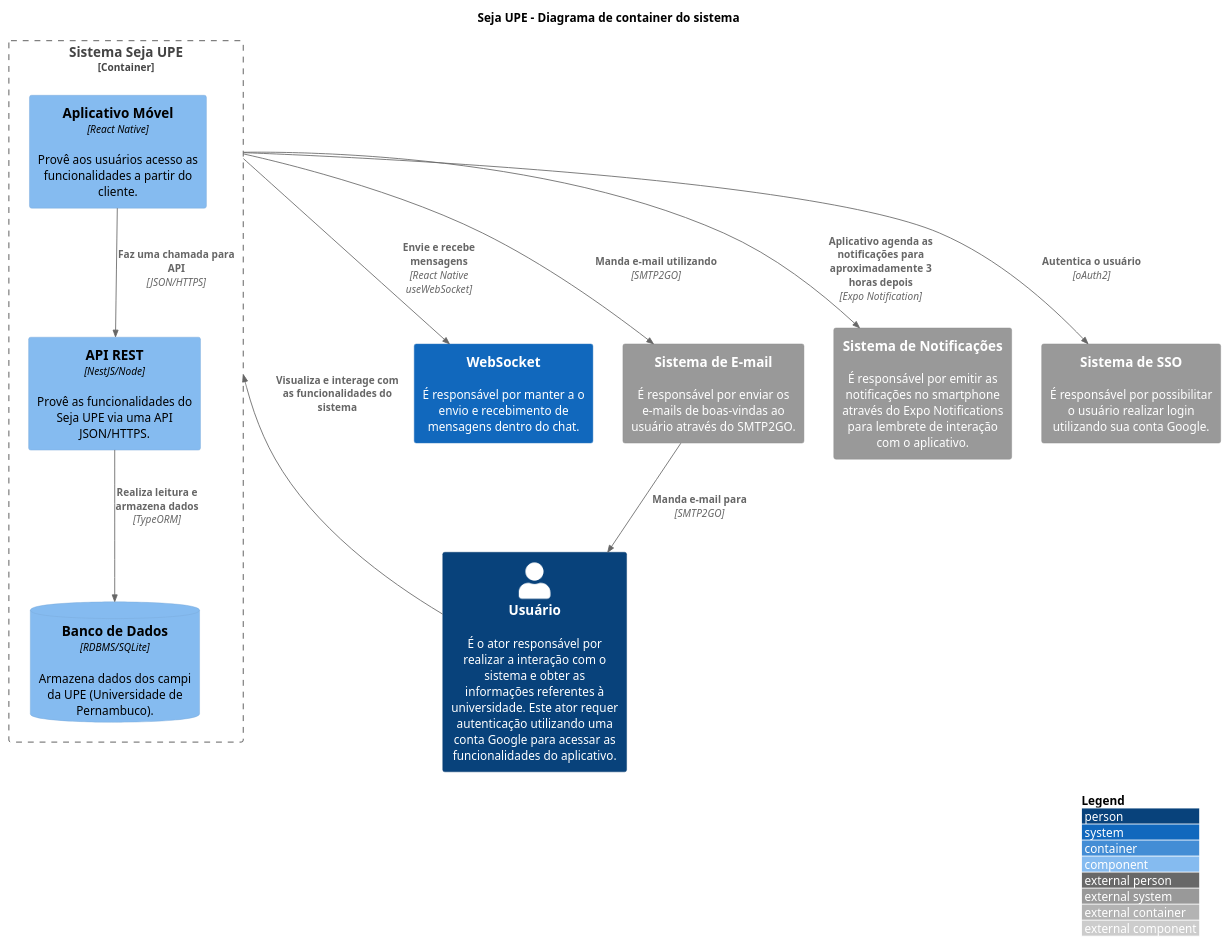
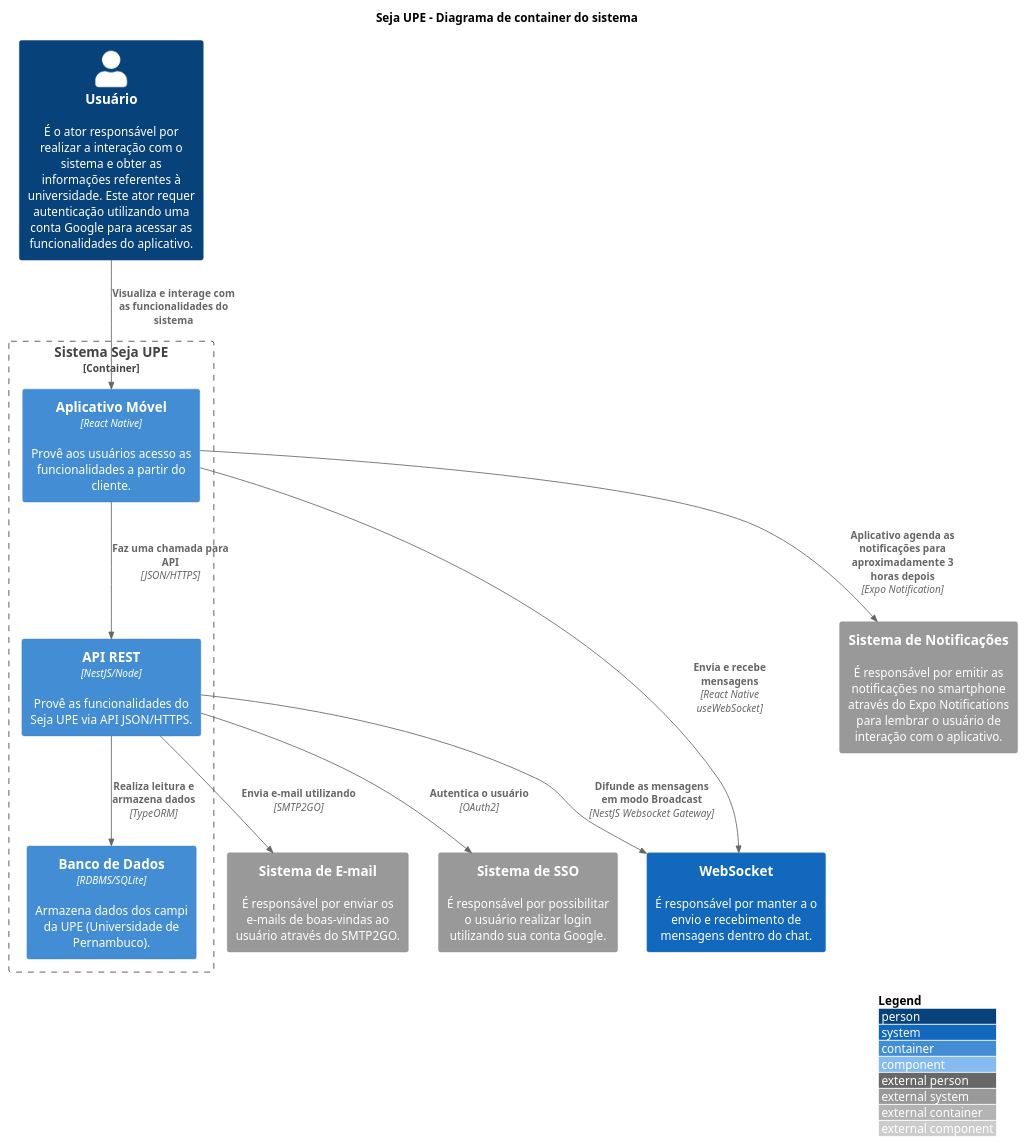
One commit to MurylloEx/Seja-UPE-Docs changed the diagram in src/C1. Visão Geral/C2. Sistema/containers.puml. Above: the diagram before and after it, drawn with PlantUML.

Commit message:
:recycle: refactor: Improvements in variable names and relations of Containers.

```diff
--- a/src/C1. Visão Geral/C2. Sistema/containers.puml
+++ b/src/C1. Visão Geral/C2. Sistema/containers.puml
@@ -1,29 +1,32 @@
-@startuml Contexto
+@startuml "Container Diagram"
+
+title "Seja UPE - Diagrama de container do sistema"
+
 !include https://raw.githubusercontent.com/adrianvlupu/C4-PlantUML/latest/C4_Component.puml
 
 LAYOUT_WITH_LEGEND()
 
-title "Seja UPE - Diagrama de container do sistema"
+Person(ActorUser, "Usuário", "É o ator responsável por realizar a interação com o sistema e obter as informações referentes à universidade. Este ator requer autenticação utilizando uma conta Google para acessar as funcionalidades do aplicativo.")
 
-Person(personUser, "Usuário", "É o ator responsável por realizar a interação com o sistema e obter as informações referentes à universidade. Este ator requer autenticação utilizando uma conta Google para acessar as funcionalidades do aplicativo.")
-Container_Boundary(systemSejaUPE, "Sistema Seja UPE") {
-    Component(componentMobileApp, "Aplicativo Móvel", "React Native", "Provê aos usuários acesso as funcionalidades a partir do cliente.")
-    Component(componentApi, "API REST", "NestJS/Node", "Provê as funcionalidades do Seja UPE via uma API JSON/HTTPS.")
-    ComponentDb(componentDataBase, "Banco de Dados", "RDBMS/SQLite", "Armazena dados dos campi da UPE (Universidade de Pernambuco).")
+Container_Boundary(SystemSejaUPE, "Sistema Seja UPE") {
+  Container(ContainerMobileApp, "Aplicativo Móvel", "React Native", "Provê aos usuários acesso as funcionalidades a partir do cliente.")
+  Container(ContainerServerApi, "API REST", "NestJS/Node", "Provê as funcionalidades do Seja UPE via API JSON/HTTPS.")
+  Container(ContainerDatabase, "Banco de Dados", "RDBMS/SQLite", "Armazena dados dos campi da UPE (Universidade de Pernambuco).")
+  
+  Rel(ContainerServerApi, ContainerDatabase, "Realiza leitura e armazena dados", "TypeORM")
+  Rel(ContainerMobileApp, ContainerServerApi, "Faz uma chamada para API", "JSON/HTTPS")
+}
 
-    Rel(componentMobileApp, componentApi, "Faz uma chamada para API", "JSON/HTTPS")
-    Rel(componentApi, componentDataBase, "Realiza leitura e armazena dados", "TypeORM")
-}
-System(systemWebSocket, "WebSocket", "É responsável por manter a o envio e recebimento de mensagens dentro do chat.")
-System_Ext(systemEmail, "Sistema de E-mail", "É responsável por enviar os e-mails de boas-vindas ao usuário através do SMTP2GO.")
-System_Ext(systemNotification, "Sistema de Notificações", "É responsável por emitir as notificações no smartphone através do Expo Notifications para lembrete de interação com o aplicativo.")
-System_Ext(systemOAuth2, "Sistema de SSO", "É responsável por possibilitar o usuário realizar login utilizando sua conta Google.")
+System(SystemWebsocket, "WebSocket", "É responsável por manter a o envio e recebimento de mensagens dentro do chat.")
+System_Ext(SystemSmtp, "Sistema de E-mail", "É responsável por enviar os e-mails de boas-vindas ao usuário através do SMTP2GO.")
+System_Ext(SystemNotification, "Sistema de Notificações", "É responsável por emitir as notificações no smartphone através do Expo Notifications para lembrar o usuário de interação com o aplicativo.")
+System_Ext(SystemOAuth2, "Sistema de SSO", "É responsável por possibilitar o usuário realizar login utilizando sua conta Google.")
 
-Rel(personUser, systemSejaUPE, "Visualiza e interage com as funcionalidades do sistema")
-Rel(systemEmail, personUser, "Manda e-mail para", "SMTP2GO")
-Rel(systemSejaUPE, systemEmail, "Manda e-mail utilizando", "SMTP2GO")
-Rel(systemSejaUPE, systemNotification, "Aplicativo agenda as notificações para aproximadamente 3 horas depois", "Expo Notification")
-Rel(systemSejaUPE, systemWebSocket, "Envie e recebe mensagens", "React Native useWebSocket")
-Rel(systemSejaUPE, systemOAuth2, "Autentica o usuário", "oAuth2")
+Rel(ActorUser, ContainerMobileApp, "Visualiza e interage com as funcionalidades do sistema")
+Rel(ContainerMobileApp, SystemNotification, "Aplicativo agenda as notificações para aproximadamente 3 horas depois", "Expo Notification")
+Rel(ContainerMobileApp, SystemWebsocket, "Envia e recebe mensagens", "React Native useWebSocket")
+Rel(ContainerServerApi, SystemWebsocket, "Difunde as mensagens em modo Broadcast", "NestJS Websocket Gateway")
+Rel(ContainerServerApi, SystemOAuth2, "Autentica o usuário", "OAuth2")
+Rel(ContainerServerApi, SystemSmtp, "Envia e-mail utilizando", "SMTP2GO")
 
 @enduml
```
